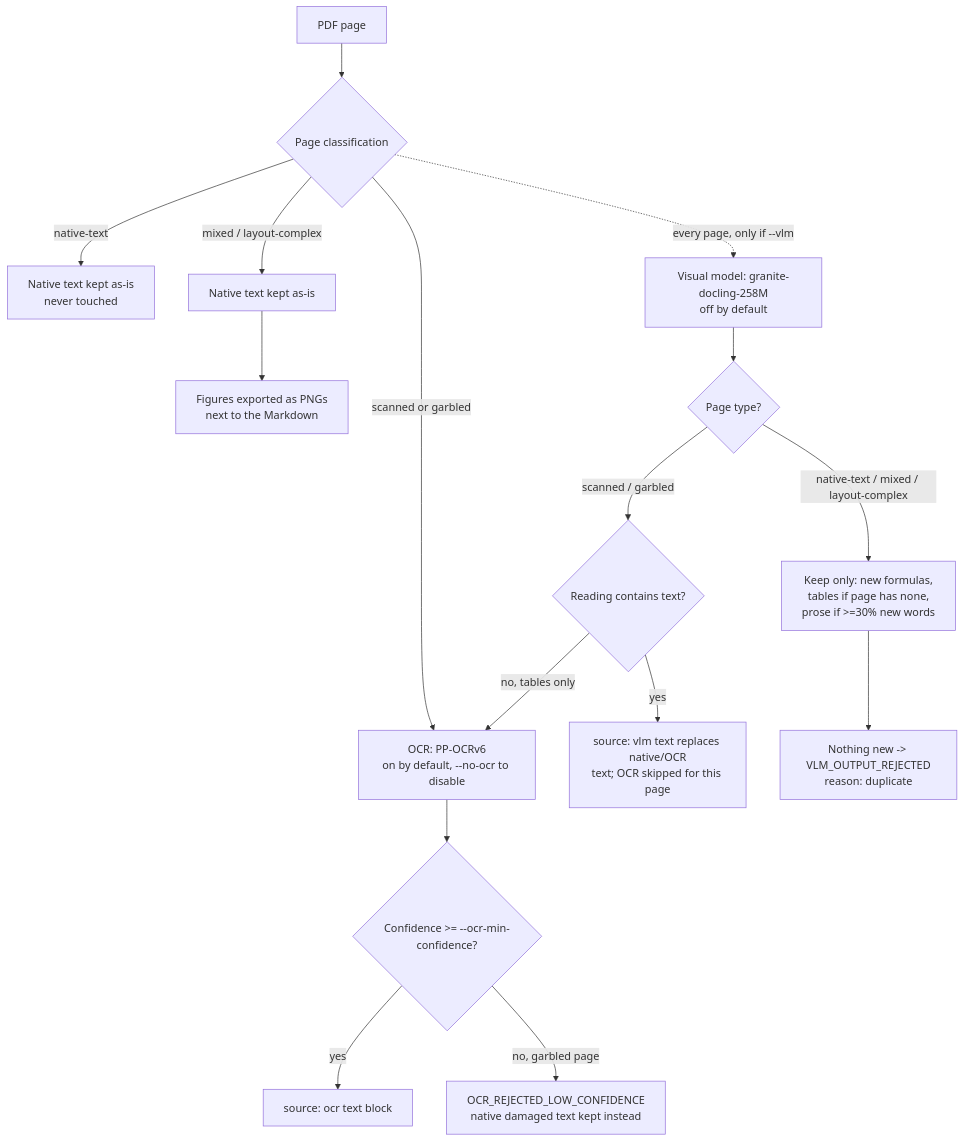
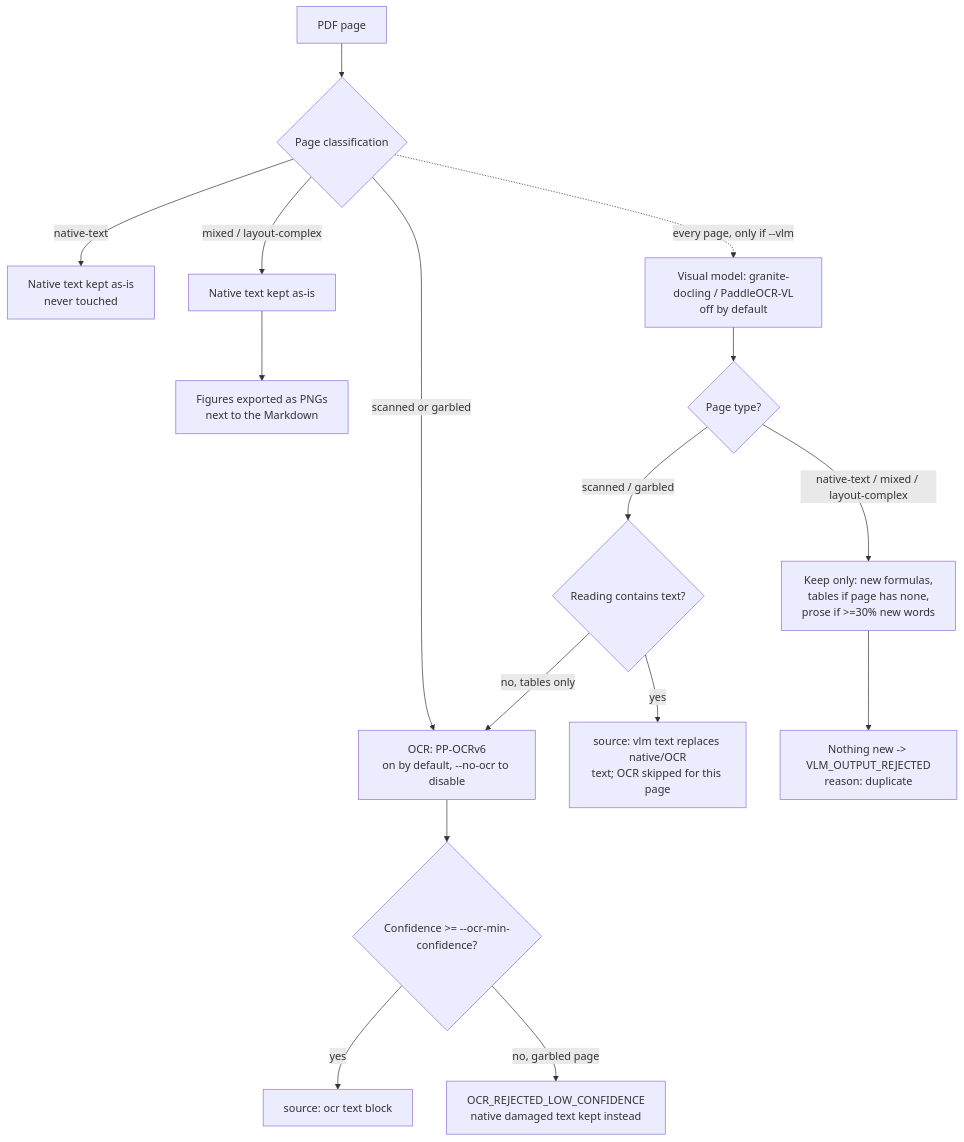
The diagram in README.md (hutuleac/pdf-extraction-update-VL), drawn with Mermaid before and after one commit. The commit also changed other lines of this file and 12 other files, not shown here.

````diff
--- a/README.md
+++ b/README.md
@@ -134,21 +134,21 @@
 ```mermaid
 flowchart TD
     P[PDF page] --> CLS{Page classification}
 
     CLS -->|native-text| NT[Native text kept as-is<br/>never touched]
     CLS -->|mixed / layout-complex| ML[Native text kept as-is]
     ML --> FIG[Figures exported as PNGs<br/>next to the Markdown]
 
     CLS -->|scanned or garbled| OCR[OCR: PP-OCRv6<br/>on by default, --no-ocr to disable]
     OCR --> CONF{Confidence >= --ocr-min-confidence?}
     CONF -->|yes| OCRTEXT["source: ocr" text block]
     CONF -->|no, garbled page| REJECT[OCR_REJECTED_LOW_CONFIDENCE<br/>native damaged text kept instead]
 
-    CLS -.->|every page, only if --vlm| VLM[Visual model: granite-docling-258M<br/>off by default]
+    CLS -.->|every page, only if --vlm| VLM[Visual model: granite-docling / PaddleOCR-VL<br/>off by default]
     VLM --> KIND{Page type?}
     KIND -->|scanned / garbled| REPLACE{Reading contains text?}
     REPLACE -->|yes| WIN["source: vlm" text replaces native/OCR<br/>text; OCR skipped for this page]
     REPLACE -->|no, tables only| OCR
     KIND -->|native-text / mixed / layout-complex| FILTER[Keep only: new formulas,<br/>tables if page has none,<br/>prose if >=30% new words]
     FILTER --> DUP[Nothing new -> VLM_OUTPUT_REJECTED<br/>reason: duplicate]
 ```
````
